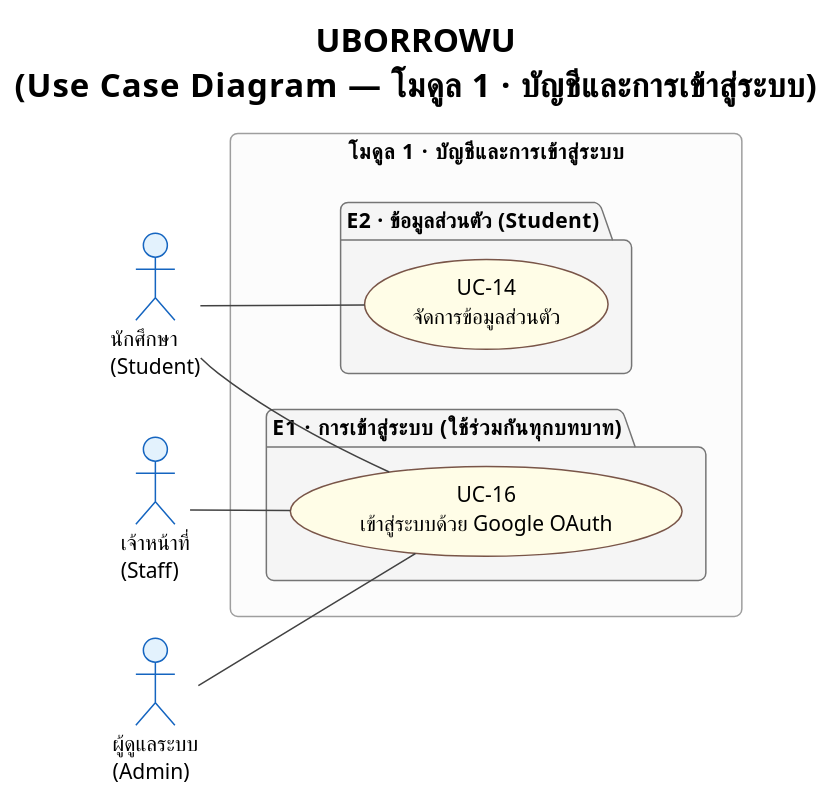
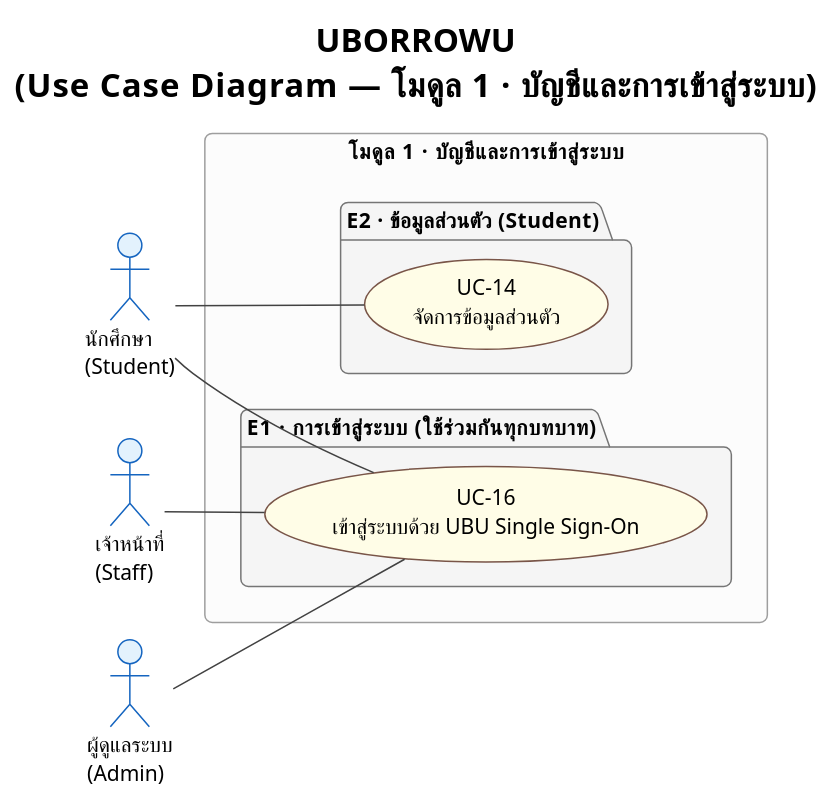
The diagram in proposal/usecase/usecase_module1.puml (patlnwza-007/project-2569), drawn with PlantUML before and after one commit. The commit also changed 33 other files, not shown here.

```diff
--- a/proposal/usecase/usecase_module1.puml
+++ b/proposal/usecase/usecase_module1.puml
@@ -6,49 +6,49 @@
 @startuml usecase_module1
 !theme plain
 skinparam defaultFontName TH Sarabun New
 skinparam defaultFontSize 14
 skinparam roundcorner 10
 
 skinparam usecase {
   BackgroundColor #FFFDE7
   BorderColor #795548
 }
 skinparam actor {
   BackgroundColor #E3F2FD
   BorderColor #1565C0
 }
 skinparam package {
   BackgroundColor #F5F5F5
   BorderColor #757575
   FontStyle bold
 }
 skinparam rectangle {
   BackgroundColor #FCFCFC
   BorderColor #9E9E9E
 }
 skinparam ArrowColor #424242
 
 title <b>UBORROWU</b>\n(Use Case Diagram — โมดูล 1 · บัญชีและการเข้าสู่ระบบ)
 
 left to right direction
 
 actor "นักศึกษา\n(Student)" as Student
 actor "เจ้าหน้าที่\n(Staff)" as Staff
 actor "ผู้ดูแลระบบ\n(Admin)" as Admin
 
 rectangle "โมดูล 1 · บัญชีและการเข้าสู่ระบบ" {
   package "E1 · การเข้าสู่ระบบ (ใช้ร่วมกันทุกบทบาท)" {
-    usecase "UC-16\nเข้าสู่ระบบด้วย Google OAuth" as UC16
+    usecase "UC-16\nเข้าสู่ระบบด้วย UBU Single Sign-On" as UC16
   }
 
   package "E2 · ข้อมูลส่วนตัว (Student)" {
     usecase "UC-14\nจัดการข้อมูลส่วนตัว" as UC14
   }
 }
 
 Student -- UC16
 Staff -- UC16
 Admin -- UC16
 Student -- UC14
 
 @enduml
```
